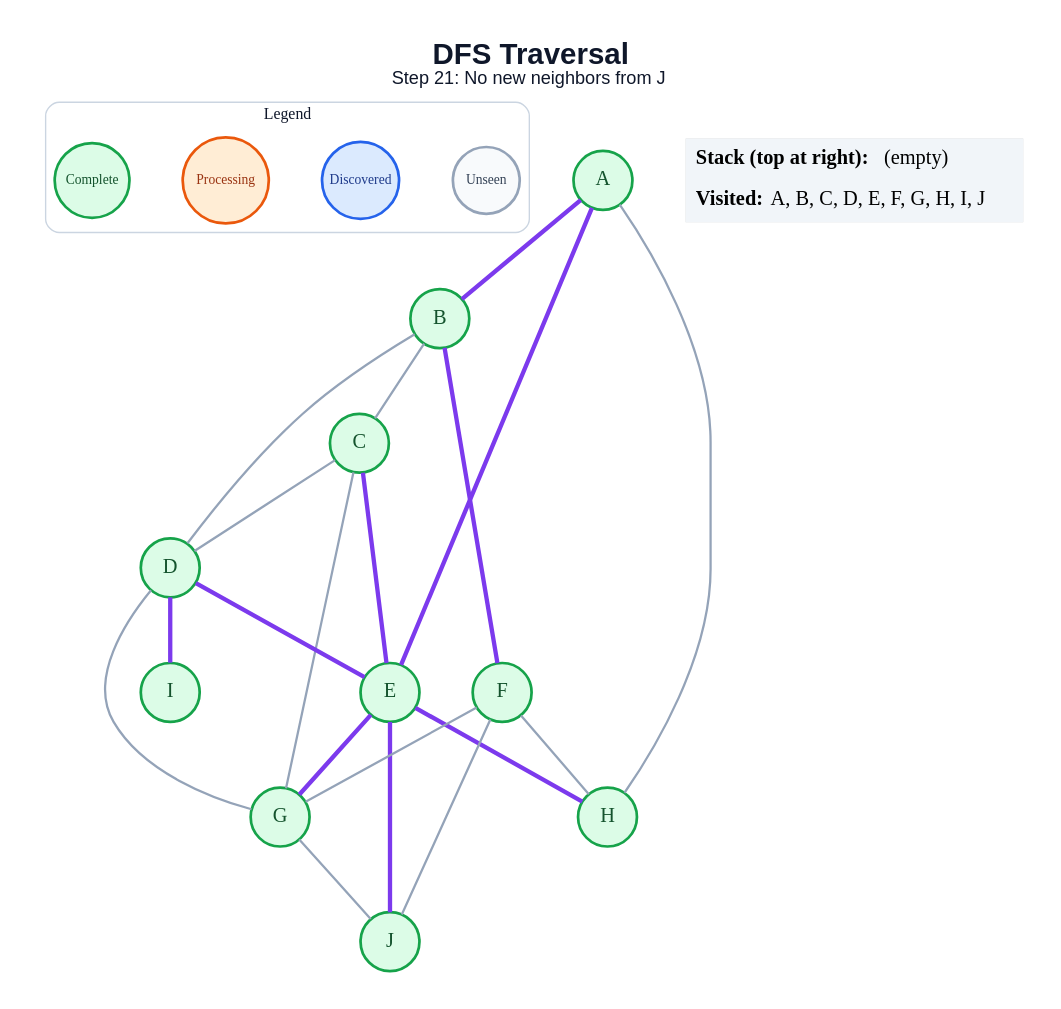
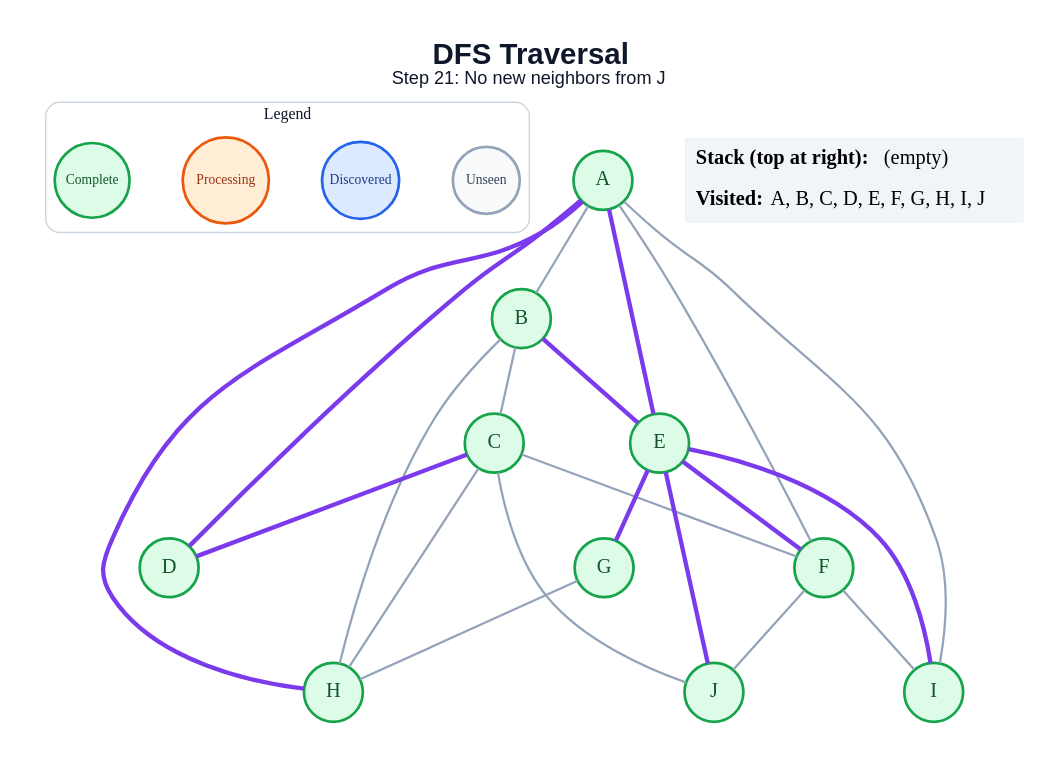
The diagram in generated/specific-node/dfs/step_21.dot (amanghodawala9/ai-slop), drawn with Graphviz before and after one commit. The commit also changed 178 other files, not shown here.

```diff
--- a/generated/specific-node/dfs/step_21.dot
+++ b/generated/specific-node/dfs/step_21.dot
@@ -1,48 +1,49 @@
 graph traversal {
   graph [layout=dot, rankdir=TB, bgcolor="#FFFFFF", pad="0.35", nodesep="0.65", ranksep="0.8", fontname="Arial"];
   node [shape=circle, style="filled", fontname="Arial Bold", fontsize=18, width=0.72, fixedsize=true, penwidth=2.4];
   edge [color="#94A3B8", penwidth=2.0];
   label=<<B>DFS Traversal</B><BR/><FONT POINT-SIZE="16">Step 21: No new neighbors from J</FONT>>; labelloc="t"; fontsize=26; fontname="Arial"; fontcolor="#0F172A";
   subgraph cluster_legend { label="Legend"; color="#CBD5E1"; penwidth=1.2; style="rounded"; fontsize=14; fontname="Arial Bold";
     key_unseen [label="Unseen", fillcolor="#F8FAFC", color="#94A3B8", fontcolor="#334155", fontsize=12, width=0.82];
     key_frontier [label="Discovered", fillcolor="#DBEAFE", color="#2563EB", fontcolor="#1E3A8A", fontsize=12, width=0.95];
     key_current [label="Processing", fillcolor="#FFEDD5", color="#EA580C", fontcolor="#9A3412", fontsize=12, width=1.05];
     key_done [label="Complete", fillcolor="#DCFCE7", color="#16A34A", fontcolor="#14532D", fontsize=12, width=0.92];
     { rank=same; key_unseen; key_frontier; key_current; key_done; }
   }
   A [fillcolor="#DCFCE7", color="#16A34A", fontcolor="#14532D"];
   B [fillcolor="#DCFCE7", color="#16A34A", fontcolor="#14532D"];
   C [fillcolor="#DCFCE7", color="#16A34A", fontcolor="#14532D"];
   D [fillcolor="#DCFCE7", color="#16A34A", fontcolor="#14532D"];
   E [fillcolor="#DCFCE7", color="#16A34A", fontcolor="#14532D"];
   F [fillcolor="#DCFCE7", color="#16A34A", fontcolor="#14532D"];
   G [fillcolor="#DCFCE7", color="#16A34A", fontcolor="#14532D"];
   H [fillcolor="#DCFCE7", color="#16A34A", fontcolor="#14532D"];
   I [fillcolor="#DCFCE7", color="#16A34A", fontcolor="#14532D"];
   J [fillcolor="#DCFCE7", color="#16A34A", fontcolor="#14532D"];
-  A -- B [color="#7C3AED", penwidth=3.8];
+  A -- B;
+  A -- D [color="#7C3AED", penwidth=3.8];
   A -- E [color="#7C3AED", penwidth=3.8];
-  A -- H;
+  A -- F;
+  A -- H [color="#7C3AED", penwidth=3.8];
+  A -- I;
   B -- C;
-  B -- D;
-  B -- F [color="#7C3AED", penwidth=3.8];
-  C -- D;
-  C -- E [color="#7C3AED", penwidth=3.8];
-  C -- G;
-  D -- E [color="#7C3AED", penwidth=3.8];
-  D -- G;
-  D -- I [color="#7C3AED", penwidth=3.8];
+  B -- E [color="#7C3AED", penwidth=3.8];
+  B -- H;
+  C -- D [color="#7C3AED", penwidth=3.8];
+  C -- F;
+  C -- H;
+  C -- J;
+  E -- F [color="#7C3AED", penwidth=3.8];
   E -- G [color="#7C3AED", penwidth=3.8];
-  E -- H [color="#7C3AED", penwidth=3.8];
+  E -- I [color="#7C3AED", penwidth=3.8];
   E -- J [color="#7C3AED", penwidth=3.8];
-  F -- G;
-  F -- H;
+  F -- I;
   F -- J;
-  G -- J;
+  G -- H;
   status [shape=plain, fixedsize=false, width=0, height=0, margin=0, label=<
     <TABLE BORDER="0" CELLBORDER="0" CELLPADDING="7" BGCOLOR="#F1F5F9">
       <TR><TD ALIGN="LEFT"><B>Stack (top at right):</B> (empty)</TD></TR>
       <TR><TD ALIGN="LEFT"><B>Visited:</B> A, B, C, D, E, F, G, H, I, J</TD></TR>
     </TABLE>
   >];
 }
```
